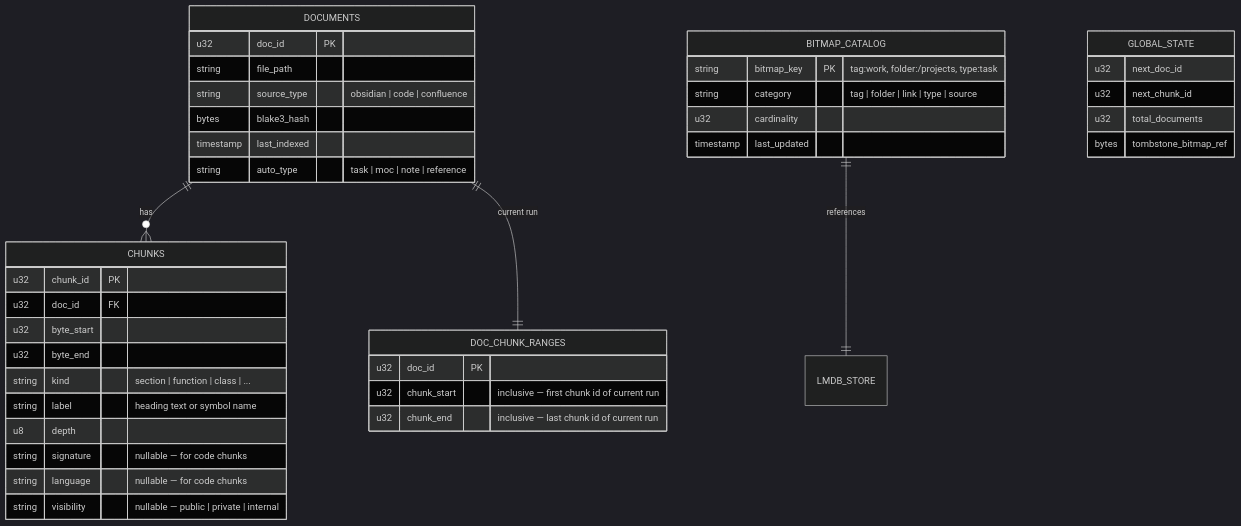
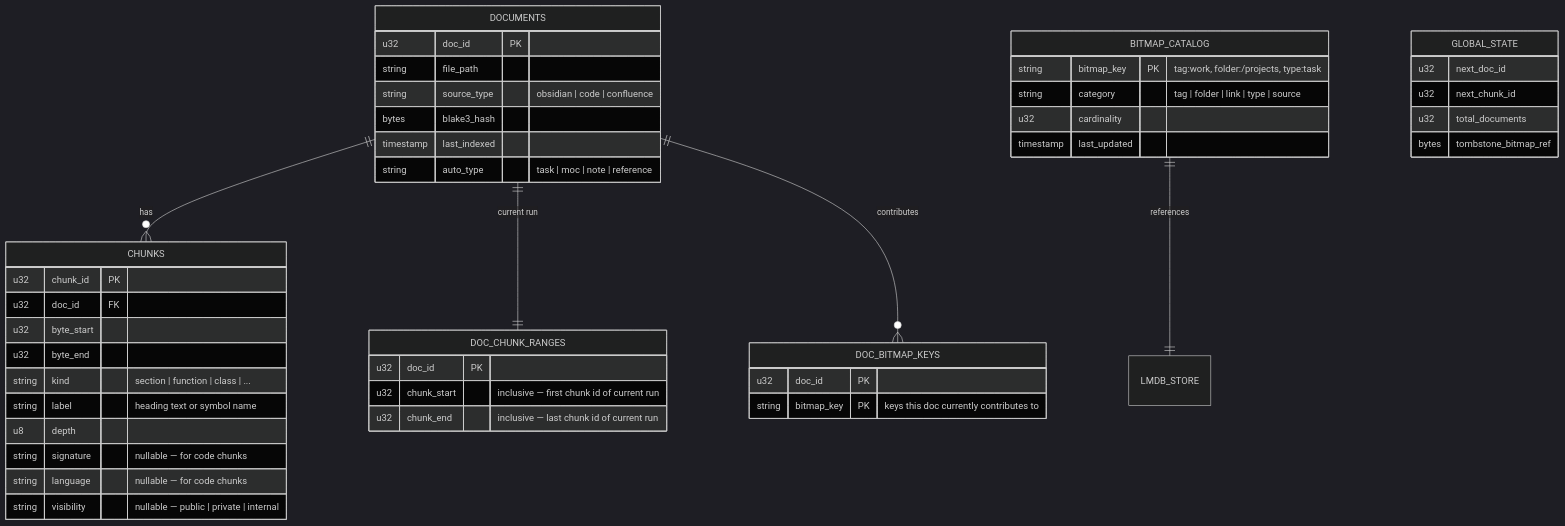
Before and after one commit to locusd-ai/locus: the fourth of 10 diagrams in docs/architecture/001-system-overview.md, drawn with Mermaid (dark theme). The commit also changed other lines of this file and 12 other files, not shown here.

````diff
--- a/docs/architecture/001-system-overview.md
+++ b/docs/architecture/001-system-overview.md
@@ -184,48 +184,54 @@
 ```mermaid
 erDiagram
     DOCUMENTS {
         u32 doc_id PK
         string file_path
         string source_type "obsidian | code | confluence"
         bytes blake3_hash
         timestamp last_indexed
         string auto_type "task | moc | note | reference"
     }
 
     CHUNKS {
         u32 chunk_id PK
         u32 doc_id FK
         u32 byte_start
         u32 byte_end
         string kind "section | function | class | ..."
         string label "heading text or symbol name"
         u8 depth
         string signature "nullable — for code chunks"
         string language "nullable — for code chunks"
         string visibility "nullable — public | private | internal"
     }
 
     BITMAP_CATALOG {
         string bitmap_key PK "tag:work, folder:/projects, type:task"
         string category "tag | folder | link | type | source"
         u32 cardinality
         timestamp last_updated
     }
 
     GLOBAL_STATE {
         u32 next_doc_id
         u32 next_chunk_id
         u32 total_documents
         bytes tombstone_bitmap_ref
     }
 
     DOC_CHUNK_RANGES {
         u32 doc_id PK
         u32 chunk_start "inclusive — first chunk id of current run"
         u32 chunk_end "inclusive — last chunk id of current run"
     }
 
+    DOC_BITMAP_KEYS {
+        u32 doc_id PK
+        string bitmap_key PK "keys this doc currently contributes to"
+    }
+
     DOCUMENTS ||--o{ CHUNKS : "has"
     DOCUMENTS ||--|| DOC_CHUNK_RANGES : "current run"
+    DOCUMENTS ||--o{ DOC_BITMAP_KEYS : "contributes"
     BITMAP_CATALOG ||--|| LMDB_STORE : "references"
 ```
````
